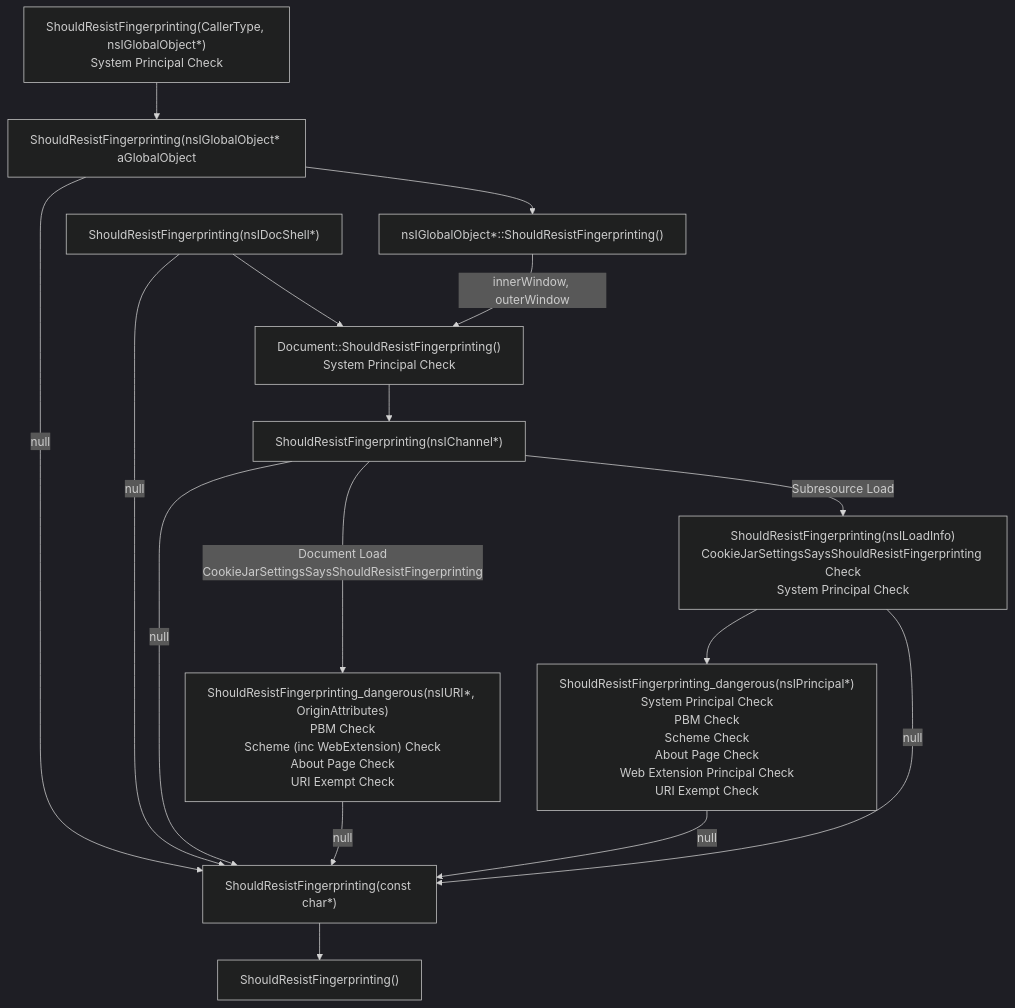
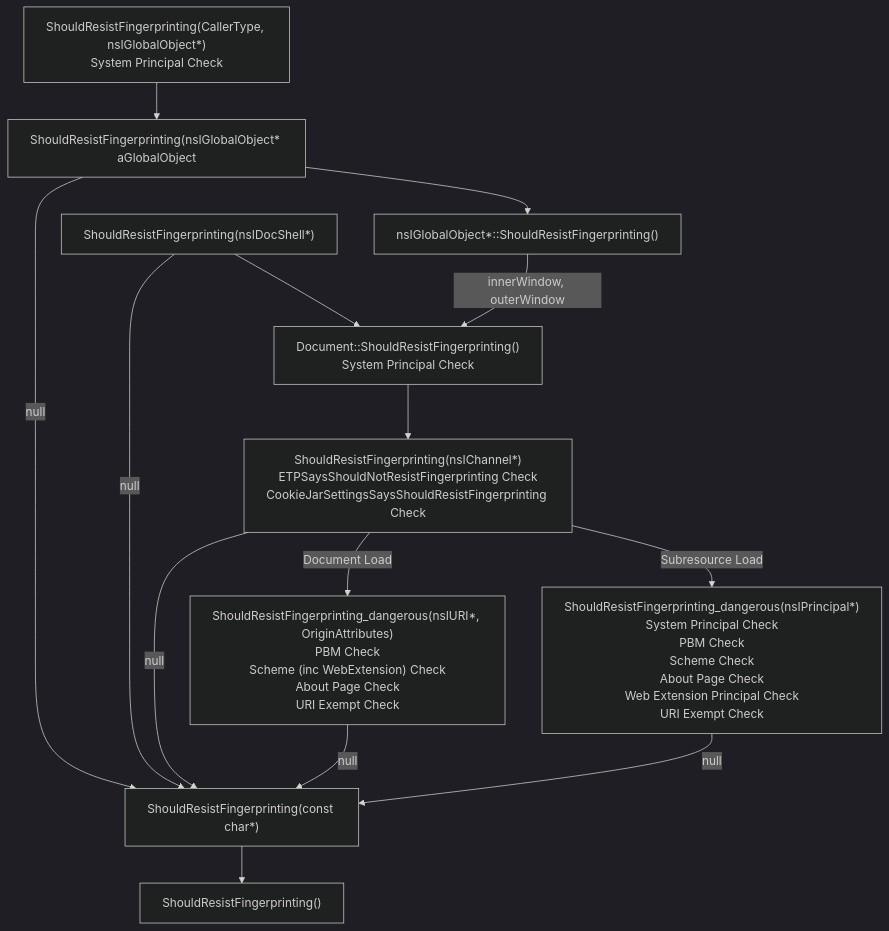
One commit to Floorp-Projects/Floorp changed the diagram in toolkit/components/resistfingerprinting/docs/implementation.rst. Above: the diagram before and after it, drawn with Mermaid (dark theme). The commit also changed 2 other files, not shown here.

Commit message:
Bug 1825561: Add in the ETP Toggle check to the ShouldRFP callgraph r=timhuang

```diff
--- a/toolkit/components/resistfingerprinting/docs/implementation.rst
+++ b/toolkit/components/resistfingerprinting/docs/implementation.rst
@@ -9,60 +9,54 @@
 .. mermaid::
 
 	graph TD
 	  SRFP["ShouldResistFingerprinting()"]
 	  click SRFP href "https://searchfox.org/mozilla-central/search?q=symbol:_ZN14nsContentUtils26ShouldResistFingerprintingEN7mozilla9RFPTargetE&redirect=false"
 
 	  SRGP_GO["ShouldResistFingerprinting(nsIGlobalObject* aGlobalObject"]
 	  click SRGP_GO href "https://searchfox.org/mozilla-central/search?q=symbol:_ZN14nsContentUtils26ShouldResistFingerprintingEP15nsIGlobalObjectN7mozilla9RFPTargetE&redirect=false"
 
 	  GO_SRFP["nsIGlobalObject*::ShouldResistFingerprinting()"]
 	  click GO_SRFP href "https://searchfox.org/mozilla-central/search?q=symbol:_ZNK15nsIGlobalObject26ShouldResistFingerprintingEN7mozilla9RFPTargetE&redirect=false"
 
 	  Doc_SRFP["Document::ShouldResistFingerprinting()<br />System Principal Check"]
 	  click Doc_SRFP href "https://searchfox.org/mozilla-central/search?q=symbol:_ZNK7mozilla3dom8Document26ShouldResistFingerprintingENS_9RFPTargetE&redirect=false"
 
 	  SRFP_char["ShouldResistFingerprinting(const char*)"]
 	  click SRFP_char href "https://searchfox.org/mozilla-central/search?q=symbol:_ZN14nsContentUtils26ShouldResistFingerprintingEPKcN7mozilla9RFPTargetE&redirect=false"
 
 	  SRFP_callertype_go["ShouldResistFingerprinting(CallerType, nsIGlobalObject*)<br />System Principal Check"]
 	  click SRFP_callertype_go href "https://searchfox.org/mozilla-central/search?q=symbol:_ZN14nsContentUtils26ShouldResistFingerprintingEN7mozilla3dom10CallerTypeEP15nsIGlobalObjectNS0_9RFPTargetE&redirect=false"
 
 	  SRFP_docshell["ShouldResistFingerprinting(nsIDocShell*)"]
 	  click SRFP_docshell href "https://searchfox.org/mozilla-central/search?q=symbol:_ZN14nsContentUtils26ShouldResistFingerprintingEP11nsIDocShellN7mozilla9RFPTargetE&redirect=false"
 
-	  SRFP_channel["ShouldResistFingerprinting(nsIChannel*)"]
+	  SRFP_channel["ShouldResistFingerprinting(nsIChannel*)<br />ETPSaysShouldNotResistFingerprinting Check<br />CookieJarSettingsSaysShouldResistFingerprinting Check"]
 	  click SRFP_channel href "https://searchfox.org/mozilla-central/search?q=symbol:_ZN14nsContentUtils26ShouldResistFingerprintingEP10nsIChannelN7mozilla9RFPTargetE&redirect=false"
 
 	  SRFP_uri["ShouldResistFingerprinting_dangerous(nsIURI*, OriginAttributes)<br />PBM Check<br />Scheme (inc WebExtension) Check<br />About Page Check<br />URI Exempt Check"]
 	  click SRFP_uri href "https://searchfox.org/mozilla-central/search?q=symbol:_ZN14nsContentUtils36ShouldResistFingerprinting_dangerousEP6nsIURIRKN7mozilla16OriginAttributesEPKcNS2_9RFPTargetE&redirect=false"
-
-	  SRFP_loadinfo["ShouldResistFingerprinting(nsILoadInfo)<br />CookieJarSettingsSaysShouldResistFingerprinting Check<br />System Principal Check"]
-	  click SRFP_loadinfo href "https://searchfox.org/mozilla-central/search?q=symbol:_ZN14nsContentUtils26ShouldResistFingerprintingEP11nsILoadInfoN7mozilla9RFPTargetE&redirect=false"
 
 	  SRFP_principal["ShouldResistFingerprinting_dangerous(nsIPrincipal*)<br />System Principal Check<br />PBM Check<br />Scheme Check<br />About Page Check<br />Web Extension Principal Check<br />URI Exempt Check"]
 	  click SRFP_principal href "https://searchfox.org/mozilla-central/search?q=symbol:_ZN14nsContentUtils36ShouldResistFingerprinting_dangerousEP12nsIPrincipalPKcN7mozilla9RFPTargetE&redirect=false"
 
 
 
 
 	  SRFP_principal --> |null| SRFP_char
 
-	  SRFP_loadinfo --> SRFP_principal
-	  SRFP_loadinfo --> |null| SRFP_char
-
 	  SRFP_uri --> |null| SRFP_char
 
 	  SRFP_channel -->|null| SRFP_char
-	  SRFP_channel --> |Document Load<br />CookieJarSettingsSaysShouldResistFingerprinting| SRFP_uri
-	  SRFP_channel --> |Subresource Load| SRFP_loadinfo
+	  SRFP_channel --> |Document Load| SRFP_uri
+	  SRFP_channel --> |Subresource Load| SRFP_principal
 
 	  SRFP_docshell -->|null| SRFP_char
 	  SRFP_docshell --> Doc_SRFP
 
 	  SRFP_callertype_go --> SRGP_GO
 	  SRFP_char --> SRFP
 	  SRGP_GO -->|null| SRFP_char
 	  SRGP_GO --> GO_SRFP
 
 	  GO_SRFP --> |innerWindow, outerWindow| Doc_SRFP
 	  Doc_SRFP --> SRFP_channel
```
